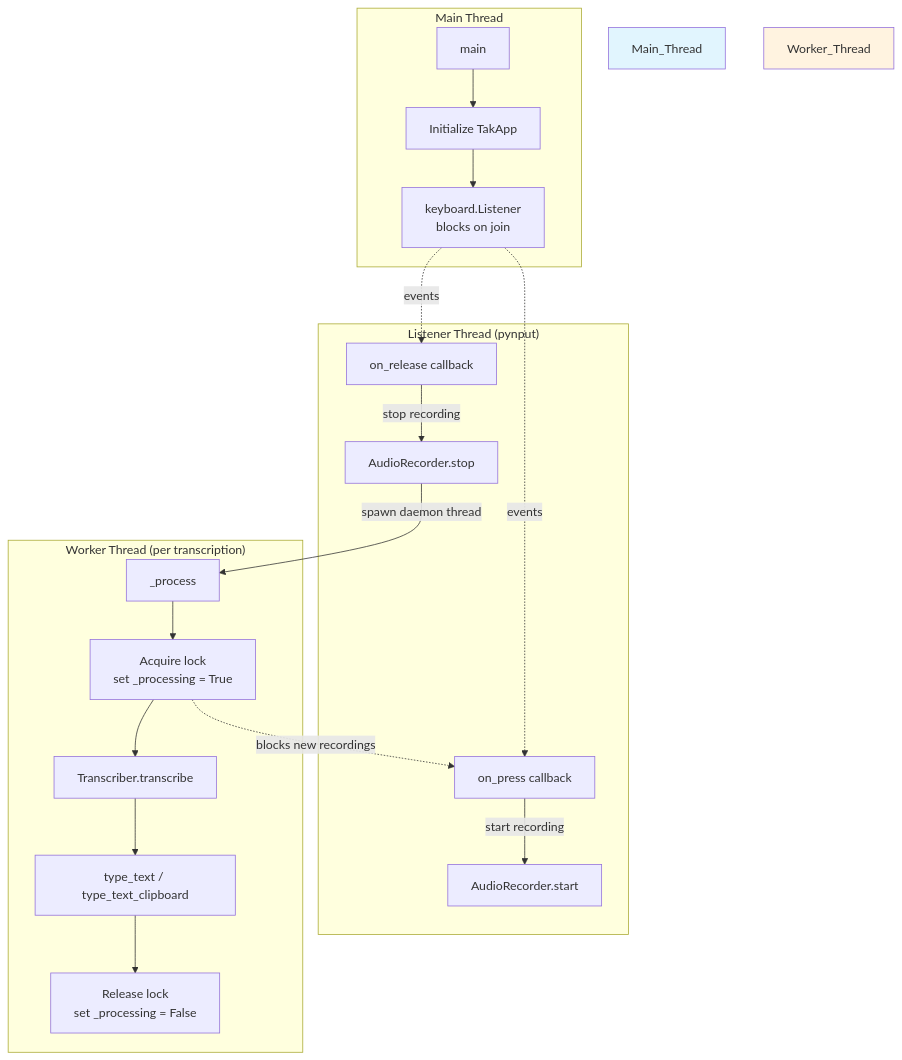
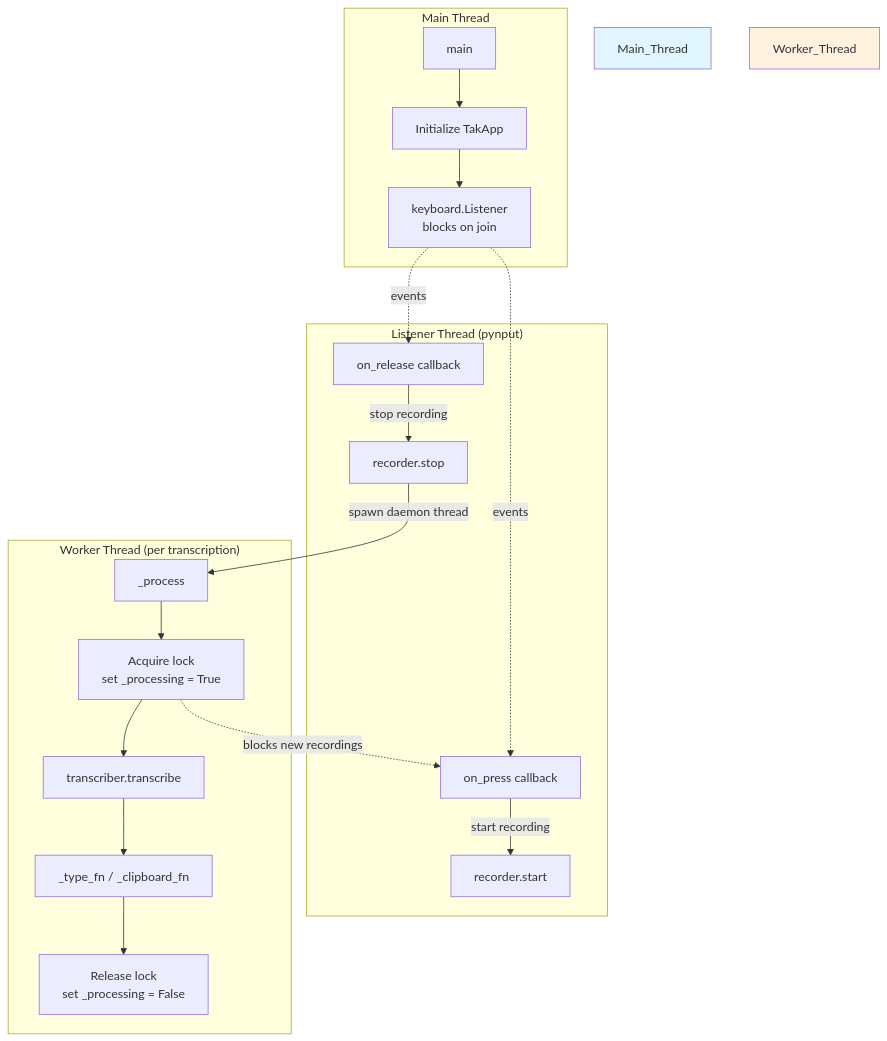
Before and after one commit to lchonkan/tak: the ninth of 9 diagrams in docs/architecture.md, drawn with Mermaid. The commit also changed other lines of this file and 8 other files, not shown here.

First line of the commit message:
refactor: split monolithic tak.py into modular cross-platform architecture

````diff
--- a/docs/architecture.md
+++ b/docs/architecture.md
@@ -322,30 +397,30 @@
 ```mermaid
 graph TD
     subgraph Main Thread
         MAIN[main] --> INIT[Initialize TakApp]
         INIT --> LISTENER[keyboard.Listener<br/>blocks on join]
     end
 
     subgraph Listener Thread["Listener Thread (pynput)"]
         PRESS[on_press callback]
         RELEASE[on_release callback]
-        PRESS -->|start recording| REC[AudioRecorder.start]
-        RELEASE -->|stop recording| STOP[AudioRecorder.stop]
+        PRESS -->|start recording| REC[recorder.start]
+        RELEASE -->|stop recording| STOP[recorder.stop]
     end
 
     subgraph Worker Thread["Worker Thread (per transcription)"]
         STOP -->|spawn daemon thread| PROCESS[_process]
         PROCESS --> LOCK1[Acquire lock<br/>set _processing = True]
-        LOCK1 --> TRANSCRIBE[Transcriber.transcribe]
-        TRANSCRIBE --> TYPE[type_text / type_text_clipboard]
+        LOCK1 --> TRANSCRIBE[transcriber.transcribe]
+        TRANSCRIBE --> TYPE[_type_fn / _clipboard_fn]
         TYPE --> LOCK2[Release lock<br/>set _processing = False]
     end
 
     LISTENER -.->|events| PRESS
     LISTENER -.->|events| RELEASE
 
     LOCK1 -.->|blocks new recordings| PRESS
 
     style Main_Thread fill:#e1f5fe
     style Worker_Thread fill:#fff3e0
 ```
````
